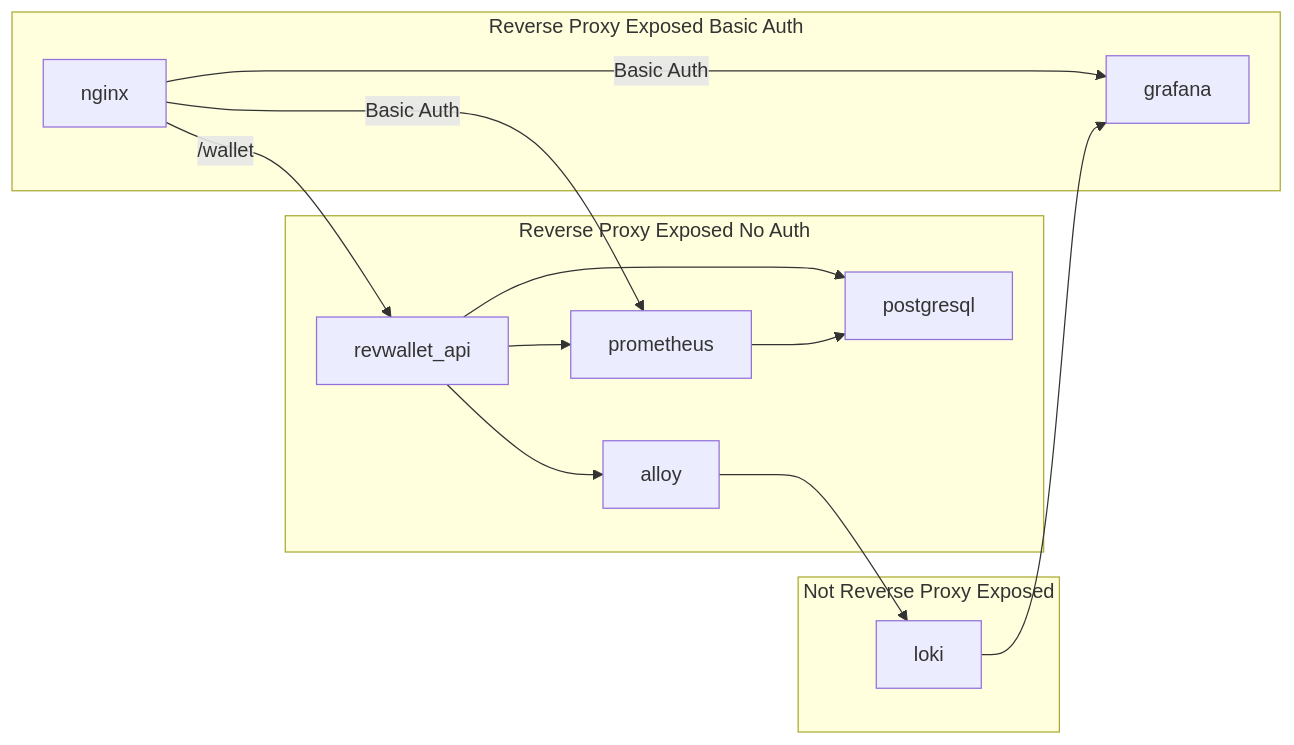
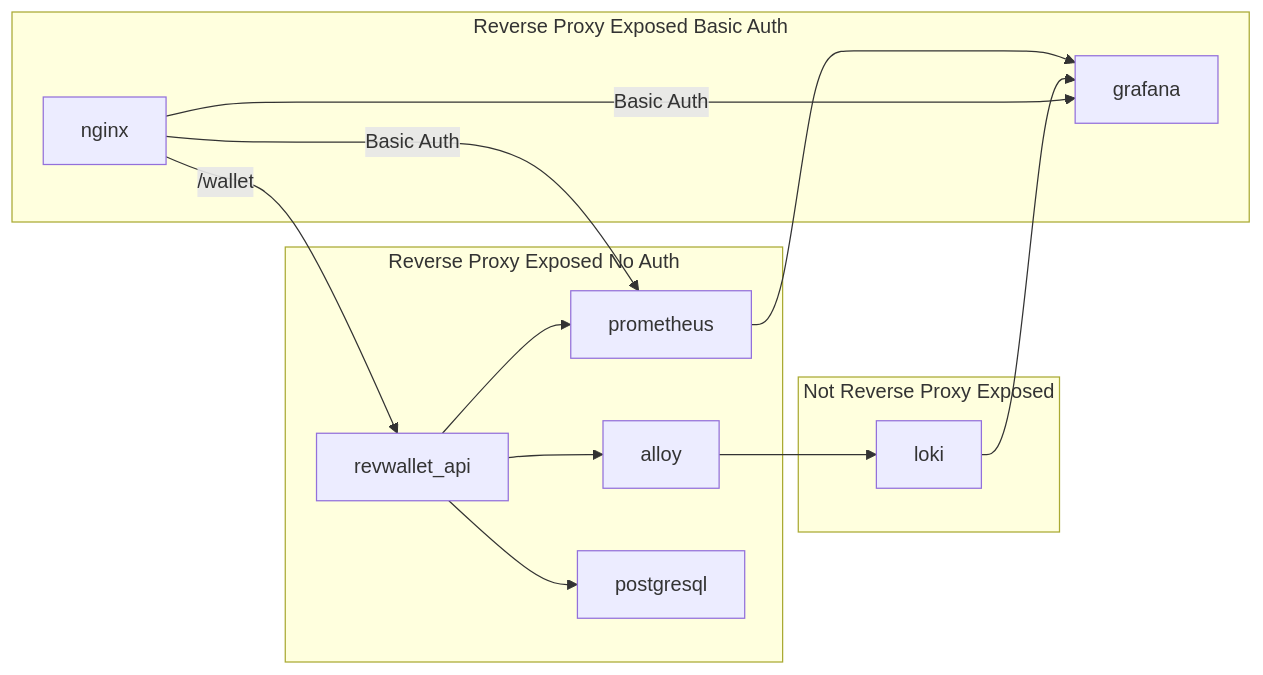
One commit to arthurjguerra/revwallet changed the second of 2 diagrams in README.md. Above: the diagram before and after it, drawn with Mermaid.

Commit message:
feat: add arch diagram

````diff
--- a/README.md
+++ b/README.md
@@ -13,18 +13,18 @@
 ```mermaid
 flowchart LR
   nginx -- /wallet --> revwallet_api
   subgraph Reverse Proxy Exposed No Auth
     revwallet_api --> alloy
     revwallet_api --> prometheus
     revwallet_api --> postgresql
   end
   subgraph Reverse Proxy Exposed Basic Auth
     nginx -- Basic Auth --> grafana
     nginx -- Basic Auth --> prometheus
   end
   subgraph Not Reverse Proxy Exposed
-    prometheus --> postgresql
     alloy --> loki
     loki --> grafana
+    prometheus --> grafana
   end
 ```
````
